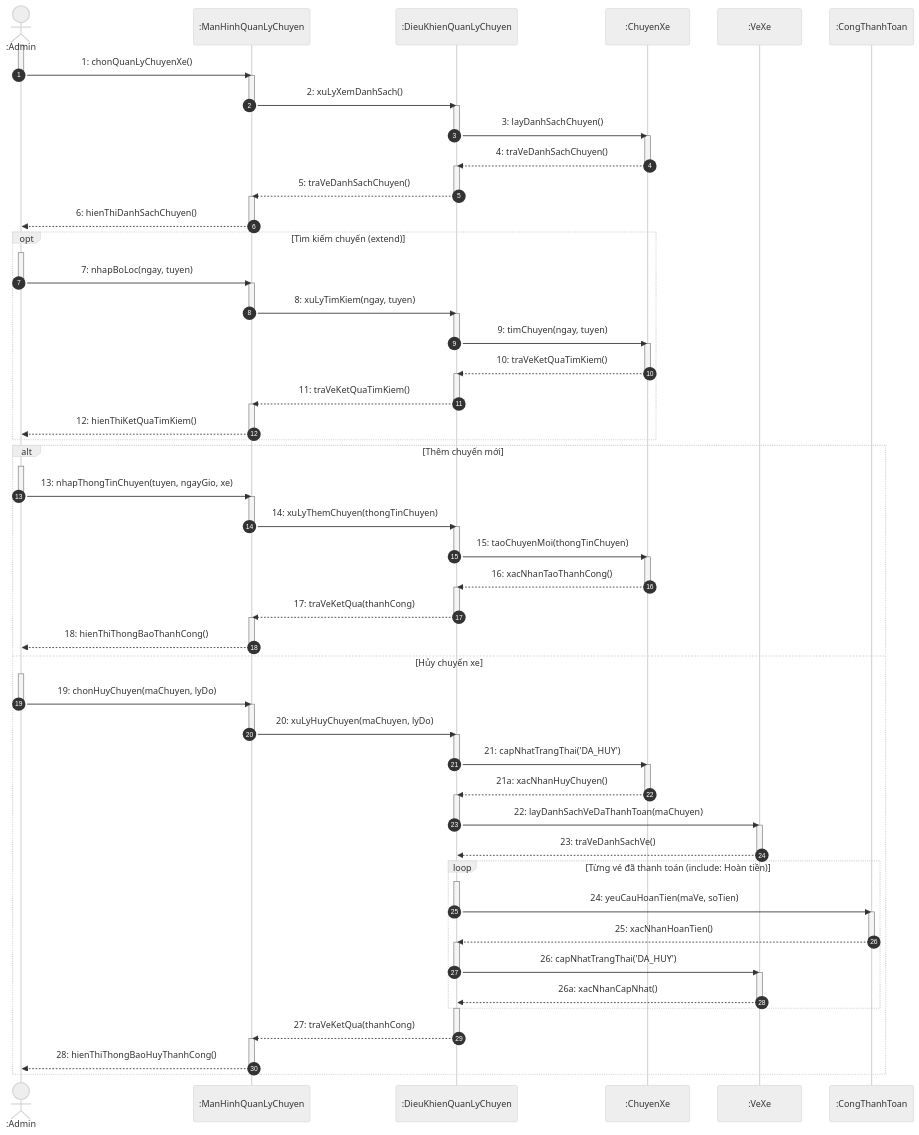
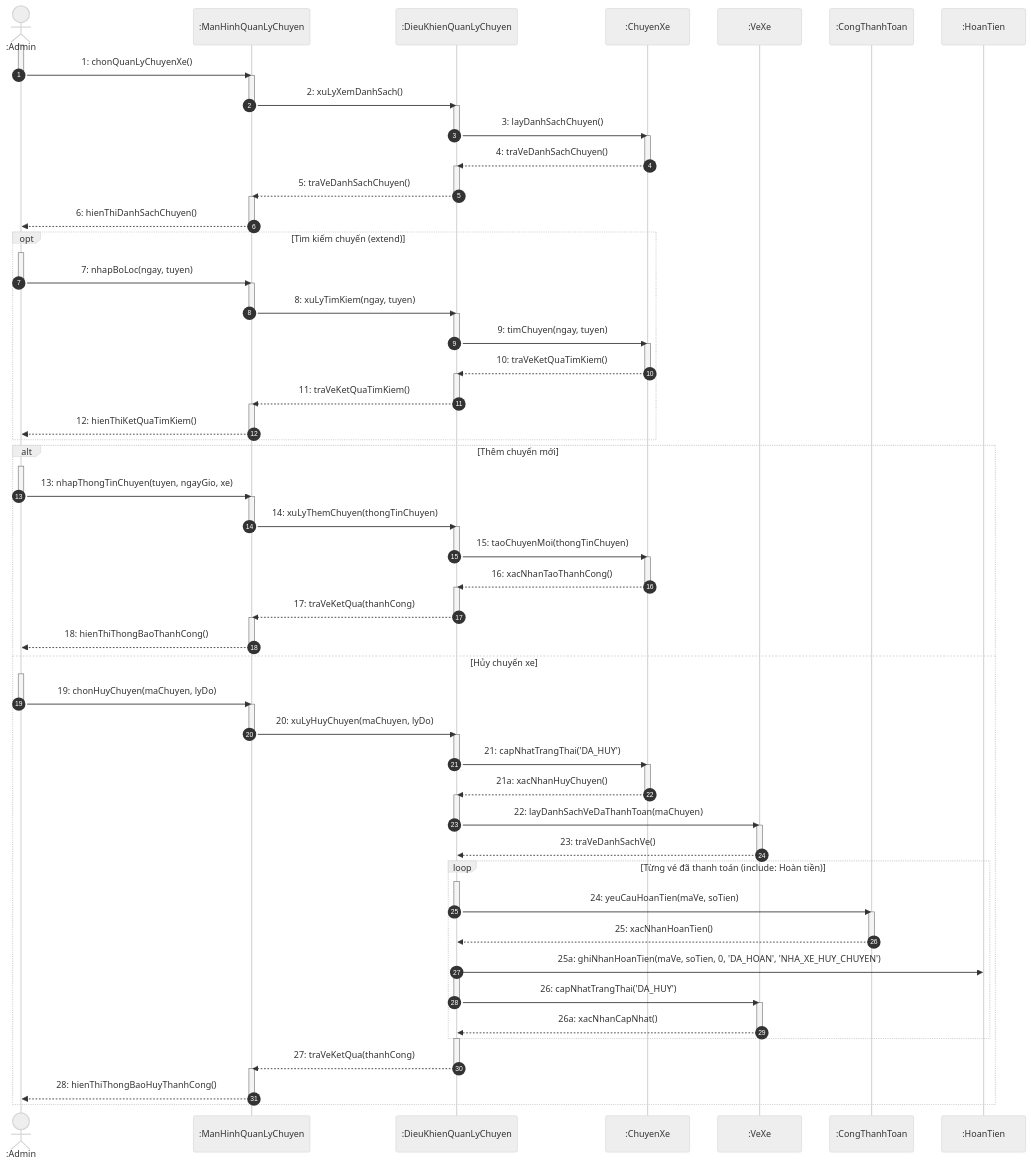
Before and after one commit to Longcodepro/Project_OOAD_HK1_2026-2027: diagram 14 of 20 in docs/sequence/Sequence_diagram.md, drawn with Mermaid (neutral theme). The commit also changed other lines of this file and 5 other files, not shown here.

First line of the commit message:
docs(sequence): thêm file draw.io và cập nhật sơ đồ tuần tự

```diff
--- a/docs/sequence/Sequence_diagram.md
+++ b/docs/sequence/Sequence_diagram.md
@@ -1014,6 +1032,7 @@
     participant CX as :ChuyenXe
     participant VE as :VeXe
     participant CTT as :CongThanhToan
+    participant HT as :HoanTien
 
     %% Luồng 1: Xem danh sách chuyến
     activate AD
@@ -1103,6 +1122,7 @@
             activate CTT
             CTT -->> DK: 25: xacNhanHoanTien()
             deactivate CTT
+            DK ->> HT: 25a: ghiNhanHoanTien(maVe, soTien, 0, 'DA_HOAN', 'NHA_XE_HUY_CHUYEN')
             activate DK
             DK ->> VE: 26: capNhatTrangThai('DA_HUY')
             deactivate DK
```
